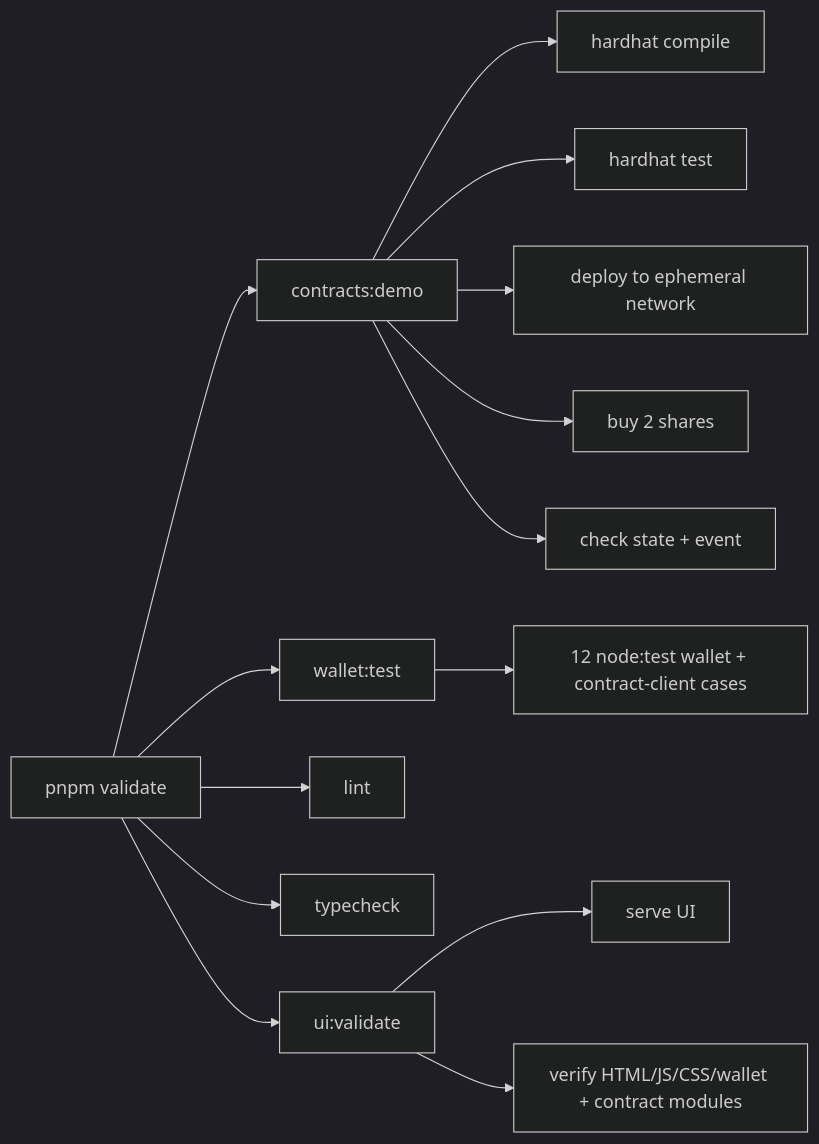
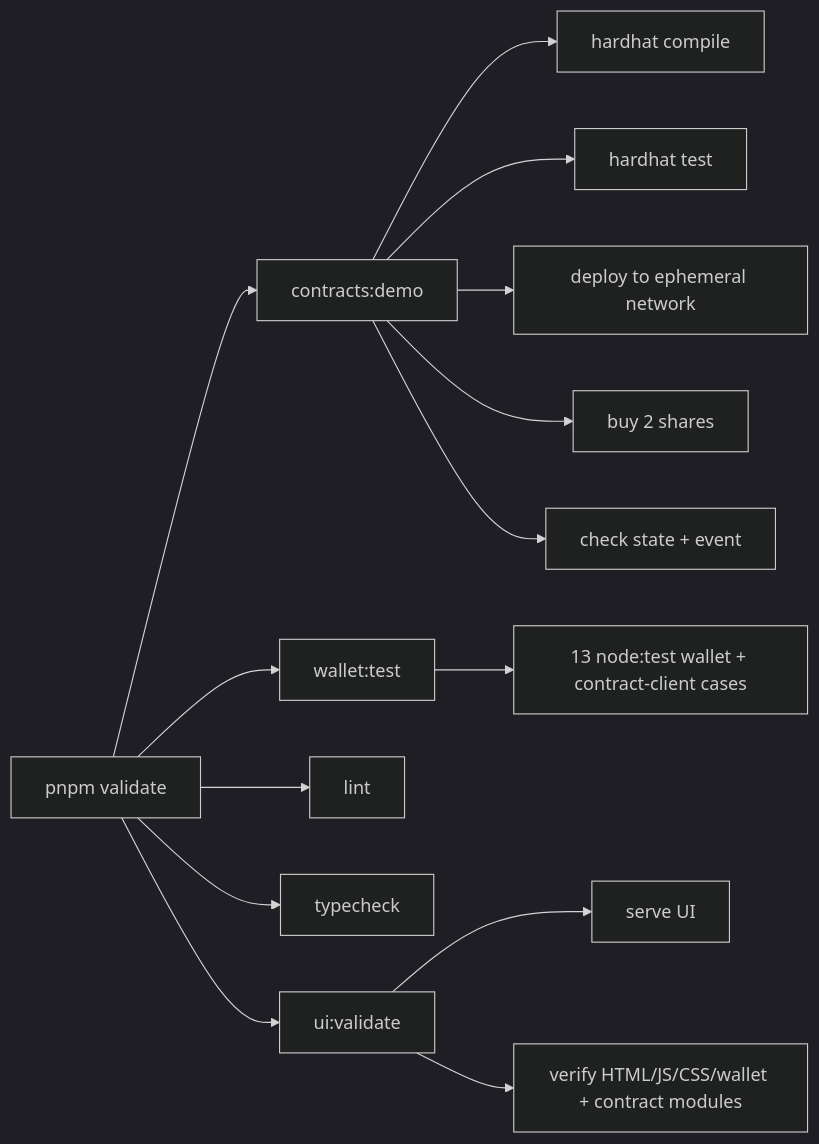
Before and after one commit to elbarroca/Velixus-Lab: the sixth of 6 diagrams in README.md, drawn with Mermaid (dark theme). The commit also changed other lines of this file and 1 other file, not shown here.

Commit message:
docs: document wallet provider filtering

````diff
--- a/README.md
+++ b/README.md
@@ -225,18 +226,18 @@
 ```mermaid
 flowchart LR
   A["pnpm validate"] --> B["contracts:demo"]
   A --> C["wallet:test"]
   A --> D["lint"]
   A --> E["typecheck"]
   A --> F["ui:validate"]
 
   B --> B1["hardhat compile"]
   B --> B2["hardhat test"]
   B --> B3["deploy to ephemeral network"]
   B --> B4["buy 2 shares"]
   B --> B5["check state + event"]
 
-  C --> C1["12 node:test wallet + contract-client cases"]
+  C --> C1["13 node:test wallet + contract-client cases"]
   F --> F1["serve UI"]
   F --> F2["verify HTML/JS/CSS/wallet + contract modules"]
 ```
````
